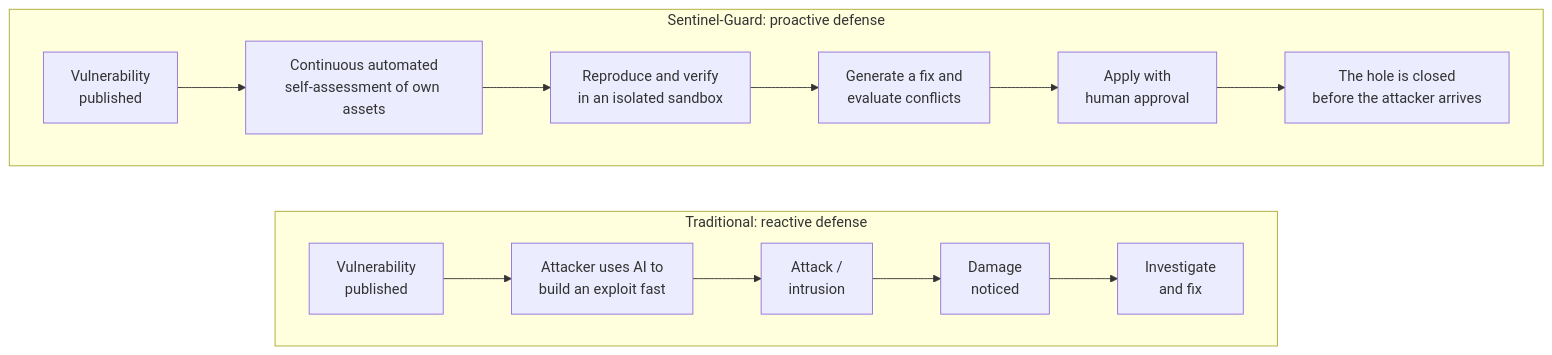
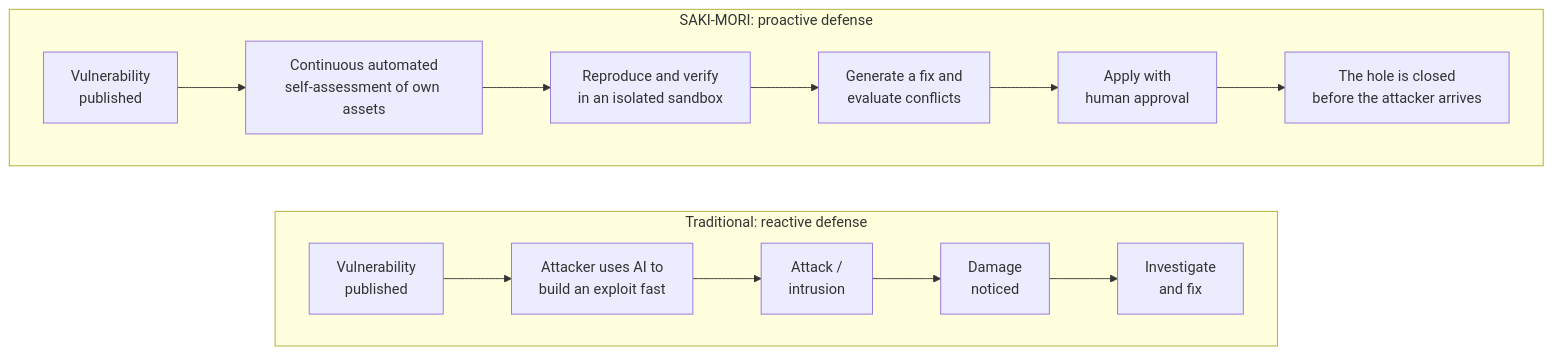
One commit to Hirasawakazumaz/BOGYO changed the first of 15 diagrams in docs/publication/01_concept-and-architecture.md. Above: the diagram before and after it, drawn with Mermaid. The commit also changed other lines of this file and 27 other files, not shown here.

First line of the commit message:
feat: rename the project to SAKI-MORI (display name)

````diff
--- a/docs/publication/01_concept-and-architecture.md
+++ b/docs/publication/01_concept-and-architecture.md
@@ -42,18 +42,18 @@
 ```mermaid
 flowchart LR
     subgraph OLD["Traditional: reactive defense"]
         direction LR
         A1["Vulnerability<br/>published"] --> A2["Attacker uses AI to<br/>build an exploit fast"]
         A2 --> A3["Attack /<br/>intrusion"]
         A3 --> A4["Damage<br/>noticed"]
         A4 --> A5["Investigate<br/>and fix"]
     end
-    subgraph NEW["Sentinel-Guard: proactive defense"]
+    subgraph NEW["SAKI-MORI: proactive defense"]
         direction LR
         B1["Vulnerability<br/>published"] --> B2["Continuous automated<br/>self-assessment of own assets"]
         B2 --> B3["Reproduce and verify<br/>in an isolated sandbox"]
         B3 --> B4["Generate a fix and<br/>evaluate conflicts"]
         B4 --> B5["Apply with<br/>human approval"]
         B5 --> B6["The hole is closed<br/>before the attacker arrives"]
     end
 ```
````
